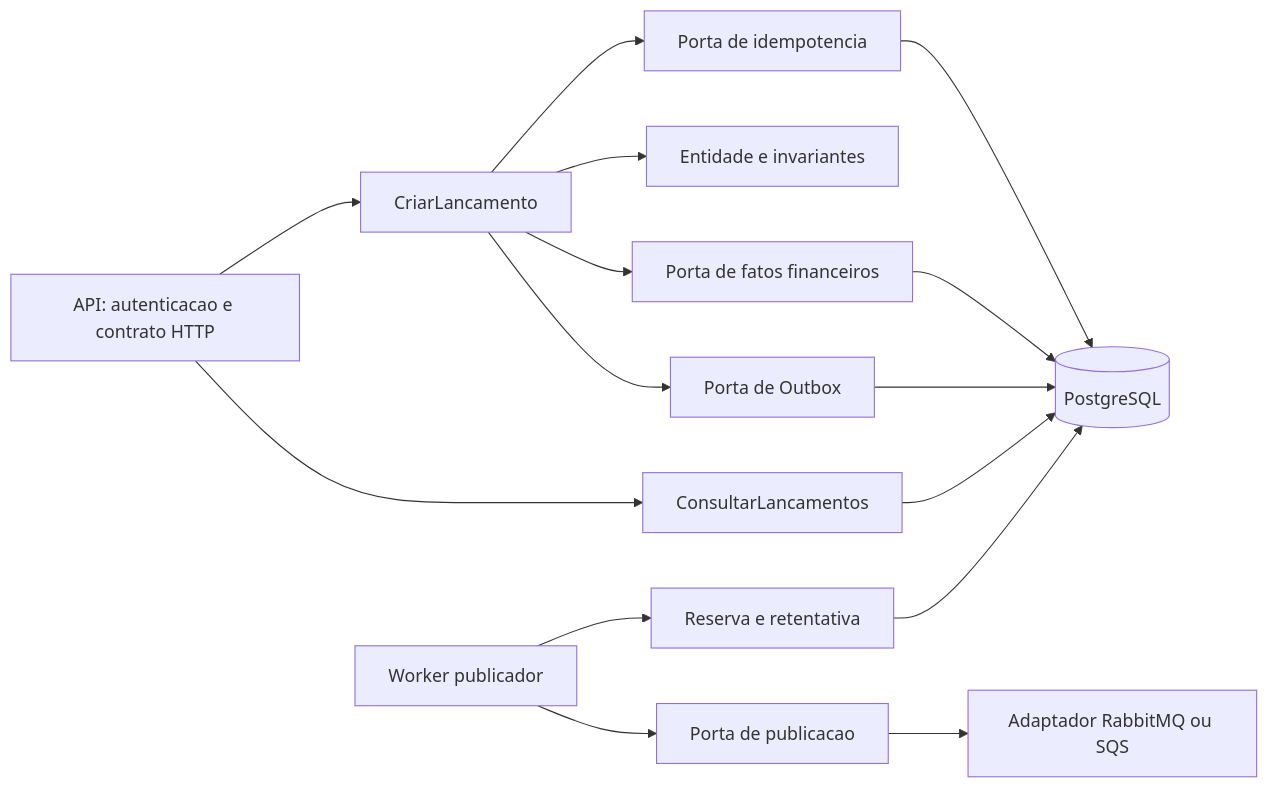
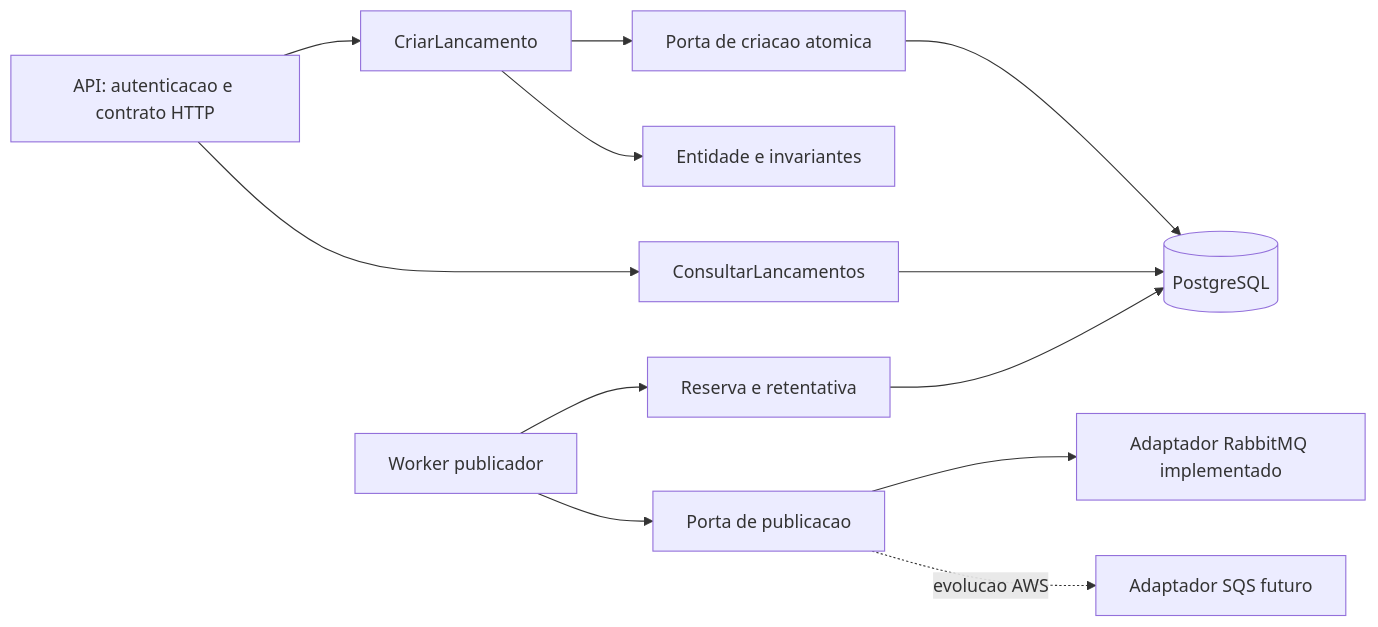
The first of 2 diagrams in docs/05-arquitetura-software/c4-componentes.md (ThiagoFerraciolli/cash-flow-architecture), drawn with Mermaid before and after one commit. The commit also changed other lines of this file, not shown here.

Commit message:
docs: align component view with implemented adapters

````diff
--- a/docs/05-arquitetura-software/c4-componentes.md
+++ b/docs/05-arquitetura-software/c4-componentes.md
@@ -7,17 +7,14 @@
 ```mermaid
 flowchart LR
     HTTP[API: autenticacao e contrato HTTP] --> UC[CriarLancamento]
     HTTP --> QUERY[ConsultarLancamentos]
     UC --> DOM[Entidade e invariantes]
-    UC --> IDEM[Porta de idempotencia]
-    UC --> REPO[Porta de fatos financeiros]
-    UC --> OUT[Porta de Outbox]
-    IDEM --> DB[(PostgreSQL)]
-    REPO --> DB
-    OUT --> DB
+    UC --> STORE[Porta de criacao atomica]
+    STORE --> DB[(PostgreSQL)]
     QUERY --> DB
     WORK[Worker publicador] --> LEASE[Reserva e retentativa]
     LEASE --> DB
     WORK --> PUB[Porta de publicacao]
-    PUB --> ADP[Adaptador RabbitMQ ou SQS]
+    PUB --> RABBIT[Adaptador RabbitMQ implementado]
+    PUB -. evolucao AWS .-> SQS[Adaptador SQS futuro]
 ```
````
